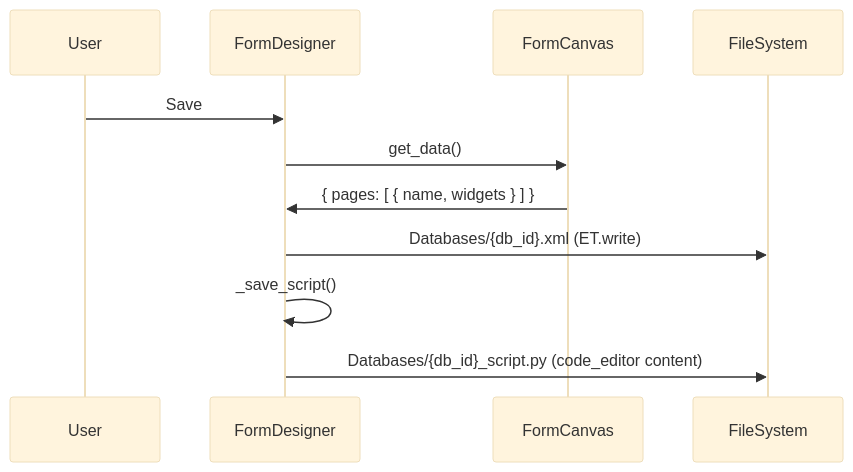
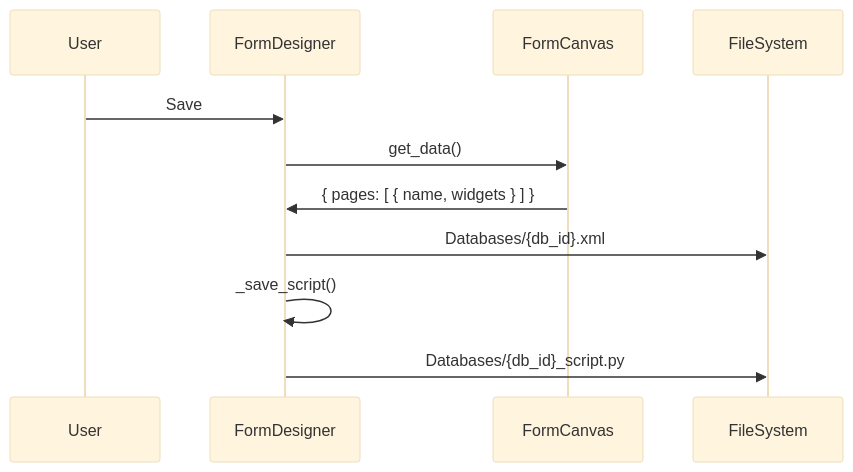
Before and after one commit to HyperFluxQc/CanExpert: the sixth of 7 diagrams in DOCUMENTATION.md, drawn with Mermaid (base theme). The commit also changed other lines of this file and 1 other file, not shown here.

````diff
--- a/DOCUMENTATION.md
+++ b/DOCUMENTATION.md
@@ -137,14 +246,14 @@
 ```mermaid
 sequenceDiagram
     participant User
     participant FormDesigner
     participant FormCanvas
     participant FileSystem
 
     User->>FormDesigner: Save
     FormDesigner->>FormCanvas: get_data()
     FormCanvas->>FormDesigner: { pages: [ { name, widgets } ] }
-    FormDesigner->>FileSystem: Databases/{db_id}.xml (ET.write)
+    FormDesigner->>FileSystem: Databases/{db_id}.xml
     FormDesigner->>FormDesigner: _save_script()
-    FormDesigner->>FileSystem: Databases/{db_id}_script.py (code_editor content)
+    FormDesigner->>FileSystem: Databases/{db_id}_script.py
 ```
````
